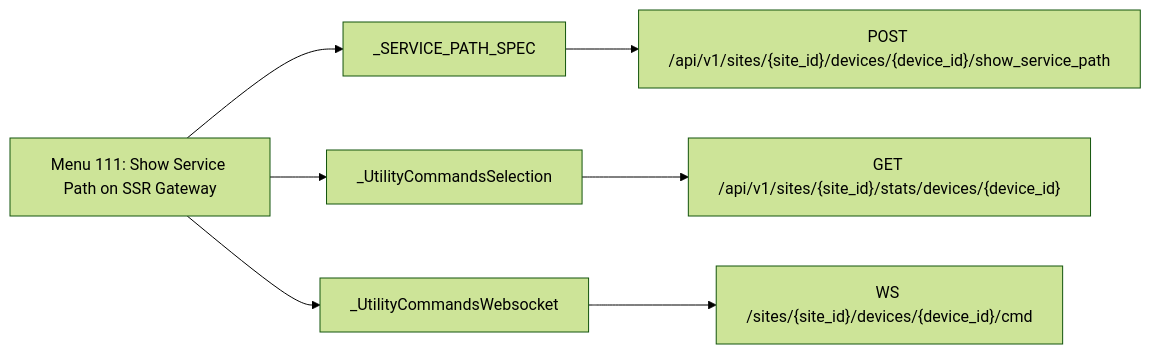
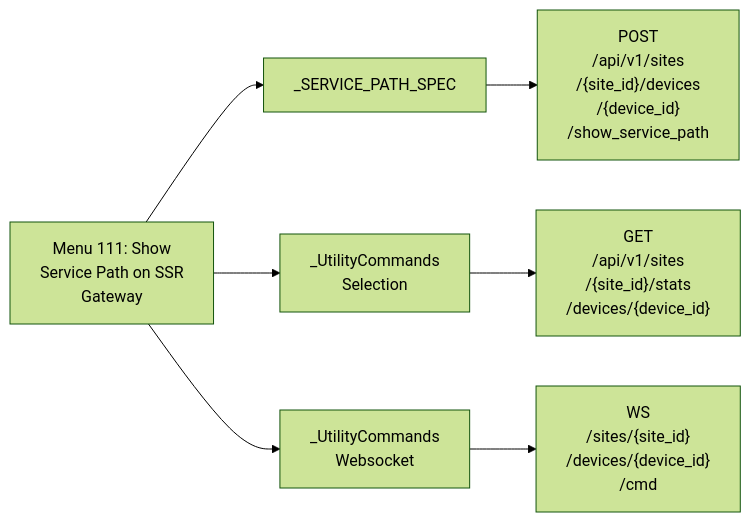
Before and after one commit to jmorrison-juniper/MistHelper: diagram 11 of 23 in documentation/menu-api/websocket.md, drawn with Mermaid (forest theme). The commit also changed other lines of this file and 19 other files, not shown here.

First line of the commit message:
docs(menu-api): fit the Mermaid diagrams to the wiki column

````diff
--- a/documentation/menu-api/websocket.md
+++ b/documentation/menu-api/websocket.md
@@ -345,10 +253,10 @@
 ```mermaid
 flowchart LR
-    menu["Menu 111: Show Service Path on SSR Gateway"]
+    menu["Menu 111: Show<br/>Service Path on SSR<br/>Gateway"]
     menu --> c1["_SERVICE_PATH_SPEC"]
-    c1 --> e1["POST /api/v1/sites/{site_id}/devices/{device_id}/show_service_path"]
-    menu --> c2["_UtilityCommandsSelection"]
-    c2 --> e2["GET /api/v1/sites/{site_id}/stats/devices/{device_id}"]
-    menu --> c3["_UtilityCommandsWebsocket"]
-    c3 --> e3["WS /sites/{site_id}/devices/{device_id}/cmd"]
+    c1 --> e1["POST<br/>/api/v1/sites<br/>/{site_id}/devices<br/>/{device_id}<br/>/show_service_path"]
+    menu --> c2["_UtilityCommands<br/>Selection"]
+    c2 --> e2["GET<br/>/api/v1/sites<br/>/{site_id}/stats<br/>/devices/{device_id}"]
+    menu --> c3["_UtilityCommands<br/>Websocket"]
+    c3 --> e3["WS<br/>/sites/{site_id}<br/>/devices/{device_id}<br/>/cmd"]
 ```
````
